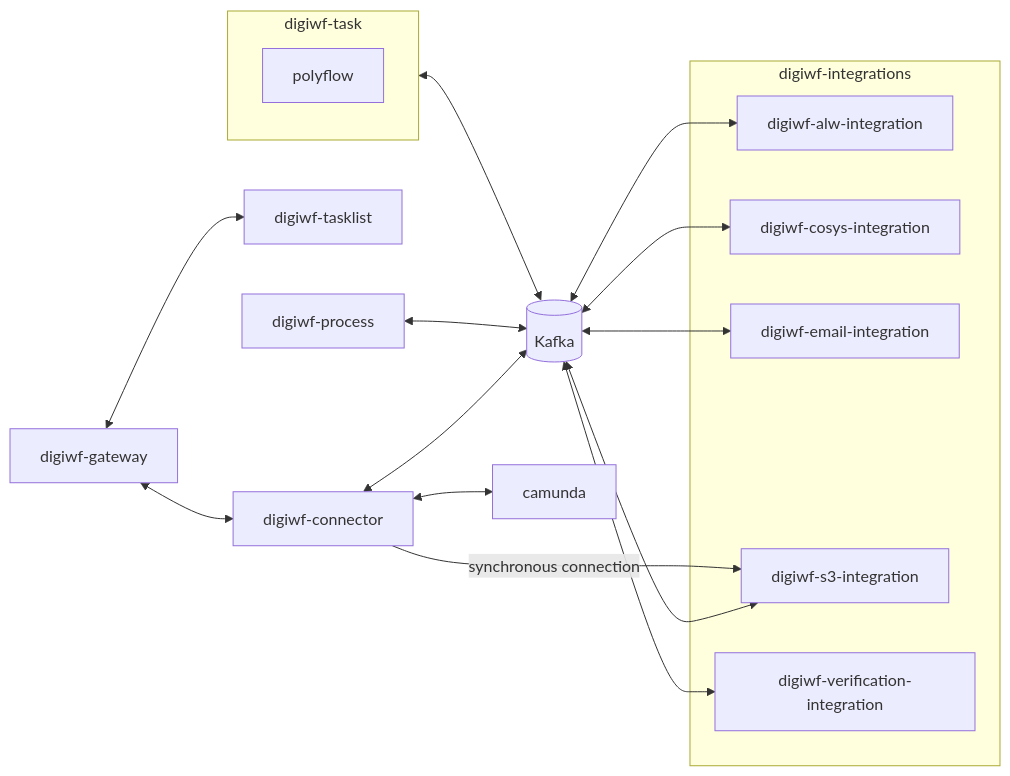
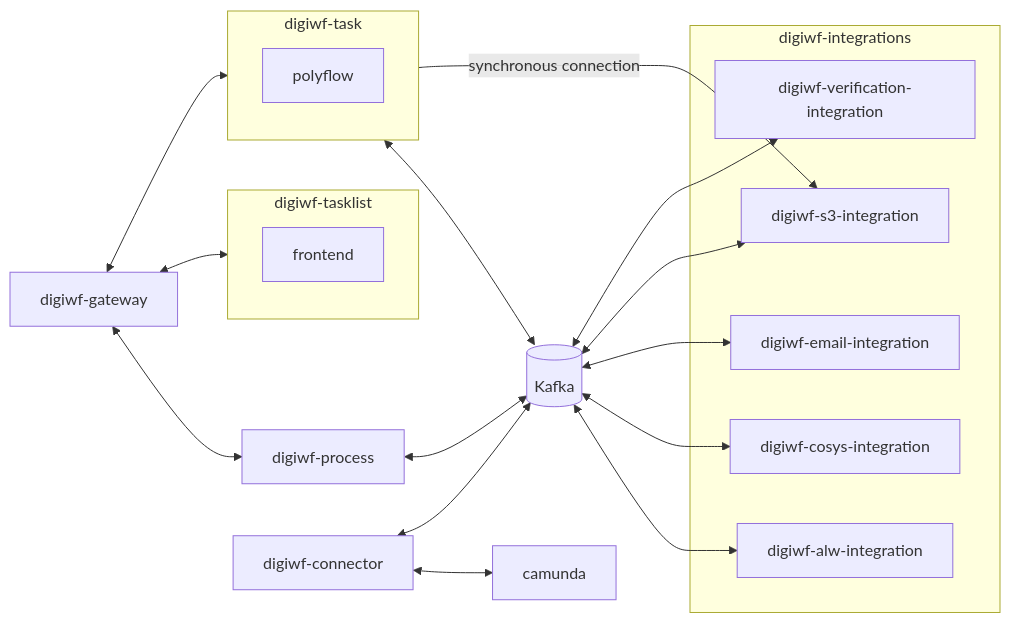
One commit to it-at-m/digiwf-core changed the second of 2 diagrams in dev.md. Above: the diagram before and after it, drawn with Mermaid.

Commit message:
docs: dev setup

````diff
--- a/dev.md
+++ b/dev.md
@@ -36,36 +36,42 @@
 ```mermaid
 flowchart LR
+    subgraph digiwf-tasklist
+    frontend
+    end
+    
     digiwf-gateway <--> digiwf-tasklist
-    digiwf-gateway <--> digiwf-connector
+    
+    digiwf-gateway <--> digiwf-process
+    digiwf-gateway <--> digiwf-task
     
     kafka[(Kafka)]
+  
+    digiwf-task <--> kafka
+    digiwf-process <--> kafka
   
     %% connector
     digiwf-connector <--> camunda
     digiwf-connector <--> kafka
   
     %% integrations
     subgraph digiwf-integrations
     digiwf-alw-integration
     digiwf-cosys-integration
     digiwf-email-integration
     digiwf-s3-integration
     digiwf-verification-integration
     end
     
     kafka <--> digiwf-alw-integration
     kafka <--> digiwf-cosys-integration
     kafka <--> digiwf-email-integration
     kafka <--> digiwf-s3-integration
     kafka <--> digiwf-verification-integration
     %% sync connection to s3-integration
-    digiwf-connector --synchronous connection--> digiwf-s3-integration
+    digiwf-task --synchronous connection--> digiwf-s3-integration
     
     %% future tbd.
     subgraph digiwf-task
     polyflow
     end
-    
-    digiwf-task <--> kafka
-    digiwf-process <--> kafka
 ```
````
